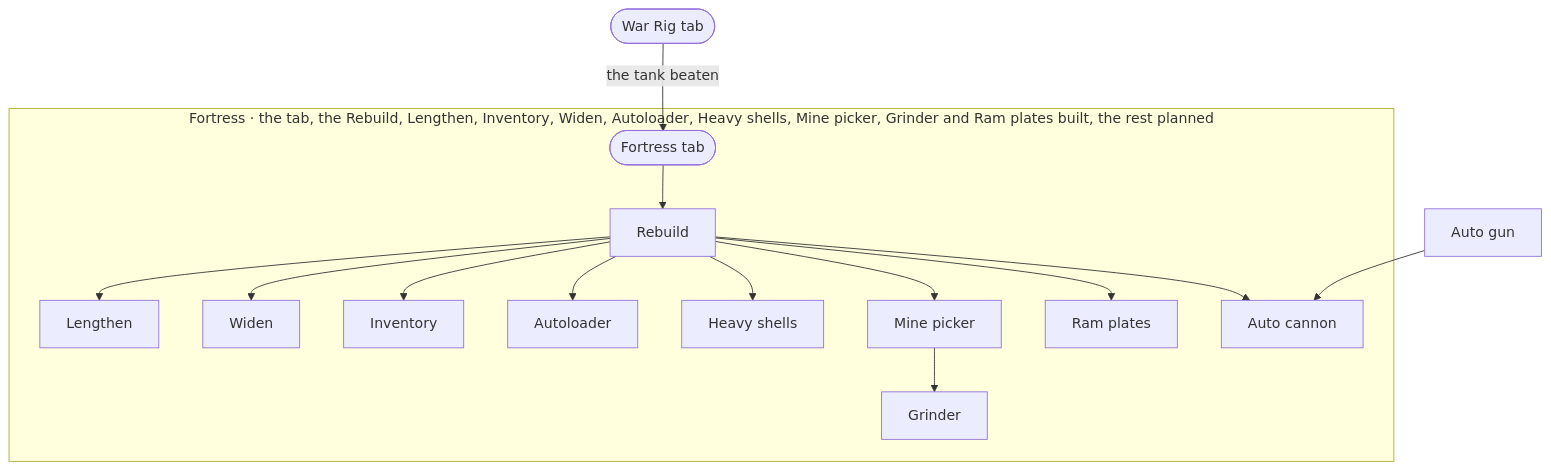
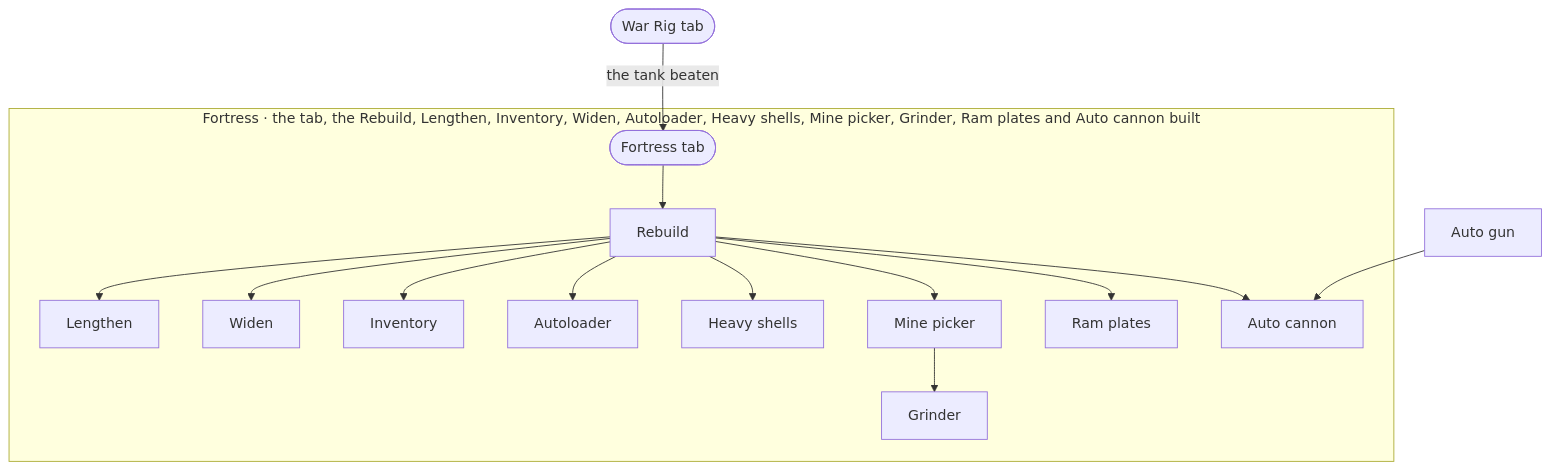
The second of 2 diagrams in docs/upgrade-graph.md (fulibacsi/rev-it), drawn with Mermaid before and after one commit. The commit also changed other lines of this file and 5 other files, not shown here.

First line of the commit message:
Act 5, layer 14: the Auto cannon, for points

````diff
--- a/docs/upgrade-graph.md
+++ b/docs/upgrade-graph.md
@@ -287,21 +289,21 @@
 ```mermaid
 flowchart TD
-  subgraph X["Fortress · the tab, the Rebuild, Lengthen, Inventory, Widen, Autoloader, Heavy shells, Mine picker, Grinder and Ram plates built, the rest planned"]
+  subgraph X["Fortress · the tab, the Rebuild, Lengthen, Inventory, Widen, Autoloader, Heavy shells, Mine picker, Grinder, Ram plates and Auto cannon built"]
     fortressTab(["Fortress tab"])
     rebuild["Rebuild"]
     lengthen["Lengthen"]
     widen["Widen"]
     inventory["Inventory"]
     autoloader["Autoloader"]
     heavyShells["Heavy shells"]
     picker["Mine picker"]
     grinder["Grinder"]
     plates["Ram plates"]
     autocannon["Auto cannon"]
   end
   warrig(["War Rig tab"]) -- "the tank beaten" --> fortressTab
   fortressTab --> rebuild
   rebuild --> lengthen & widen & inventory & autoloader & heavyShells & picker & plates & autocannon
   picker --> grinder
   autogun["Auto gun"] --> autocannon
 ```
````
